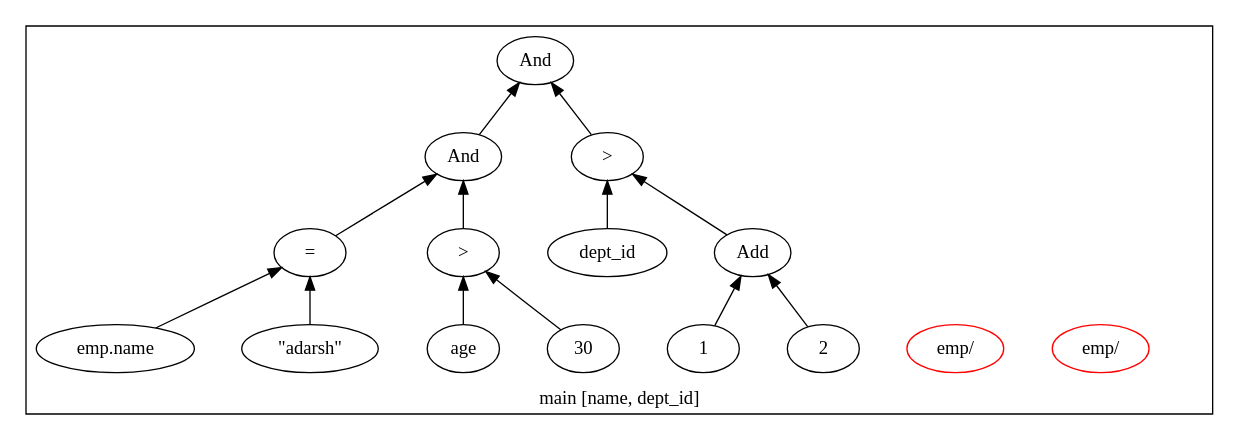
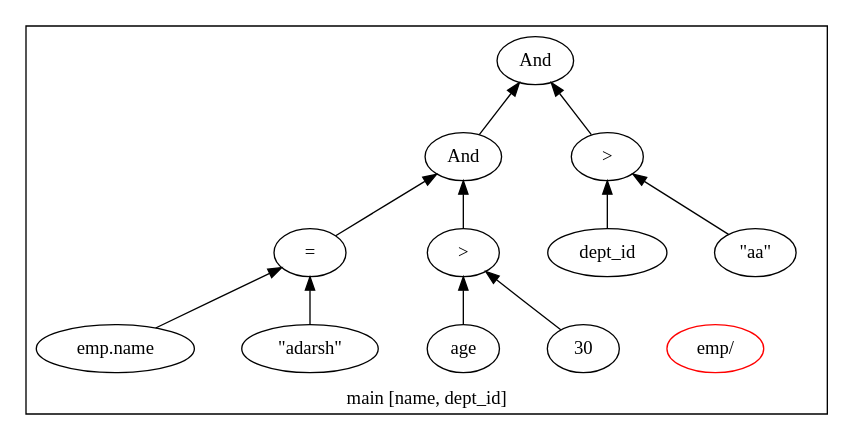
The diagram in qgm.dot (adarshpannu/kona), drawn with Graphviz before and after one commit. The commit also changed 7 other files, not shown here.

```diff
--- a/qgm.dot
+++ b/qgm.dot
@@ -1,36 +1,31 @@
 digraph example1 {
     rankdir=BT;
     nodesep=0.5;
     ordering="in";
   subgraph cluster_main {
     label = "main [name, dept_id]";
     "main_pt"[shape=point, color=white];
-    "QUN_1"[label="emp/ ", color=red]
     "QUN_0"[label="emp/ ", color=red]
-    exprnodeNodeId15v1[label="And"];
-    exprnodeNodeId9v1 -> exprnodeNodeId15v1;
+    exprnodeNodeId13v1[label="And"];
+    exprnodeNodeId9v1 -> exprnodeNodeId13v1;
     exprnodeNodeId9v1[label="And"];
     exprnodeNodeId5v1 -> exprnodeNodeId9v1;
     exprnodeNodeId5v1[label="="];
     exprnodeNodeId3v1 -> exprnodeNodeId5v1;
     exprnodeNodeId3v1[label="emp.name"];
     exprnodeNodeId4v1 -> exprnodeNodeId5v1;
     exprnodeNodeId4v1[label="\"adarsh\""];
     exprnodeNodeId8v1 -> exprnodeNodeId9v1;
     exprnodeNodeId8v1[label=">"];
     exprnodeNodeId6v1 -> exprnodeNodeId8v1;
     exprnodeNodeId6v1[label="age"];
     exprnodeNodeId7v1 -> exprnodeNodeId8v1;
     exprnodeNodeId7v1[label="30"];
-    exprnodeNodeId14v1 -> exprnodeNodeId15v1;
-    exprnodeNodeId14v1[label=">"];
-    exprnodeNodeId10v1 -> exprnodeNodeId14v1;
+    exprnodeNodeId12v1 -> exprnodeNodeId13v1;
+    exprnodeNodeId12v1[label=">"];
+    exprnodeNodeId10v1 -> exprnodeNodeId12v1;
     exprnodeNodeId10v1[label="dept_id"];
-    exprnodeNodeId13v1 -> exprnodeNodeId14v1;
-    exprnodeNodeId13v1[label="Add"];
-    exprnodeNodeId11v1 -> exprnodeNodeId13v1;
-    exprnodeNodeId11v1[label="1"];
-    exprnodeNodeId12v1 -> exprnodeNodeId13v1;
-    exprnodeNodeId12v1[label="2"];
+    exprnodeNodeId11v1 -> exprnodeNodeId12v1;
+    exprnodeNodeId11v1[label="\"aa\""];
 }
 }
```
